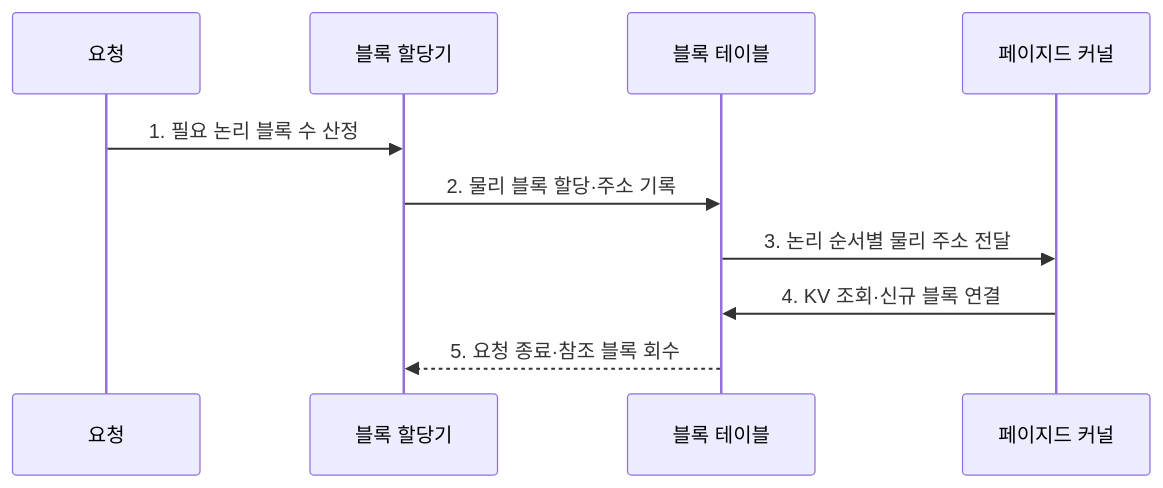
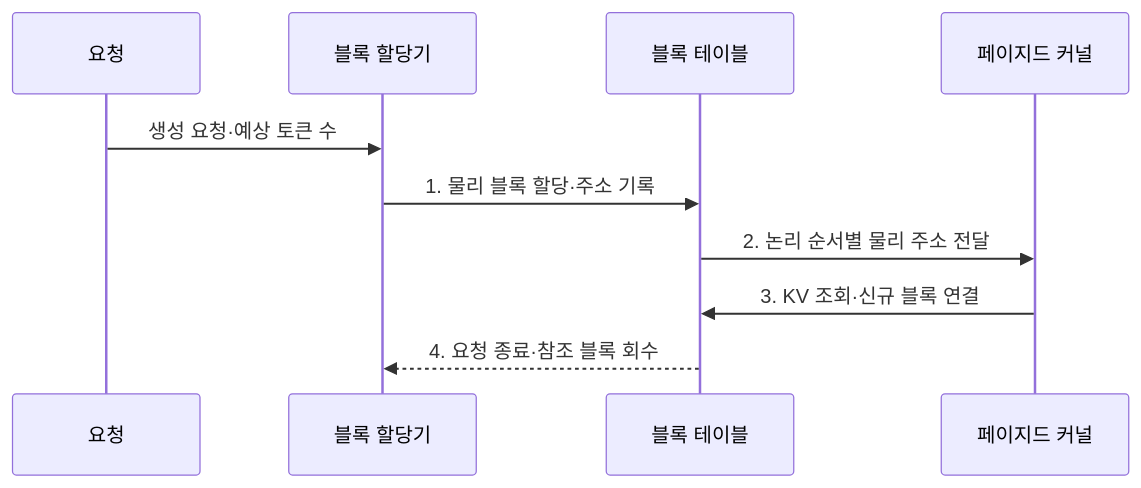
The second of 2 diagrams in src/content/docs/notes/08-latest-tech/045_pagedattention.md (agnusdei1207/knowledge-base), drawn with Mermaid before and after one commit. The commit also changed other lines of this file and 19 other files, not shown here.

````diff
--- a/src/content/docs/notes/08-latest-tech/045_pagedattention.md
+++ b/src/content/docs/notes/08-latest-tech/045_pagedattention.md
@@ -77,12 +77,12 @@
 ```mermaid
 sequenceDiagram
     participant R as 요청
     participant A as 블록 할당기
     participant T as 블록 테이블
     participant K as 페이지드 커널
-    R->>A: 1. 필요 논리 블록 수 산정
-    A->>T: 2. 물리 블록 할당·주소 기록
-    T->>K: 3. 논리 순서별 물리 주소 전달
-    K->>T: 4. KV 조회·신규 블록 연결
-    T-->>A: 5. 요청 종료·참조 블록 회수
+    R->>A: 생성 요청·예상 토큰 수
+    A->>T: 1. 물리 블록 할당·주소 기록
+    T->>K: 2. 논리 순서별 물리 주소 전달
+    K->>T: 3. KV 조회·신규 블록 연결
+    T-->>A: 4. 요청 종료·참조 블록 회수
 ```
````
